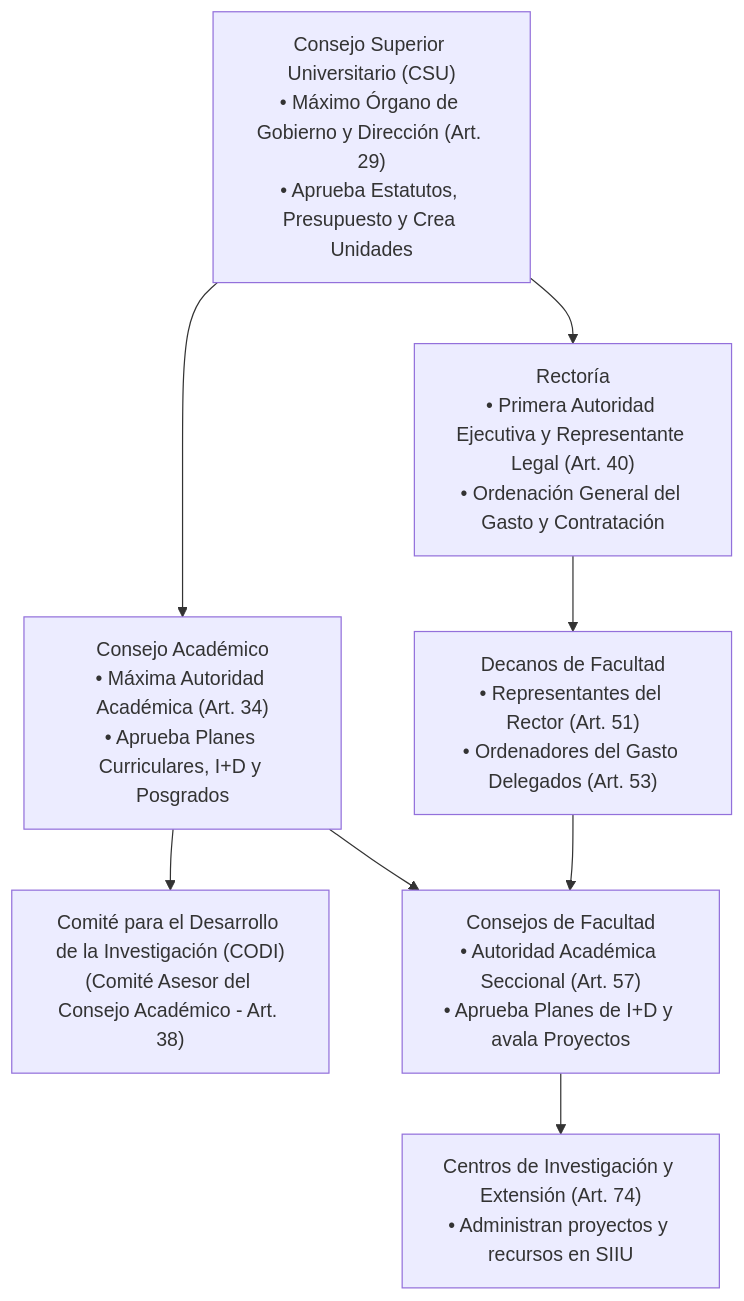
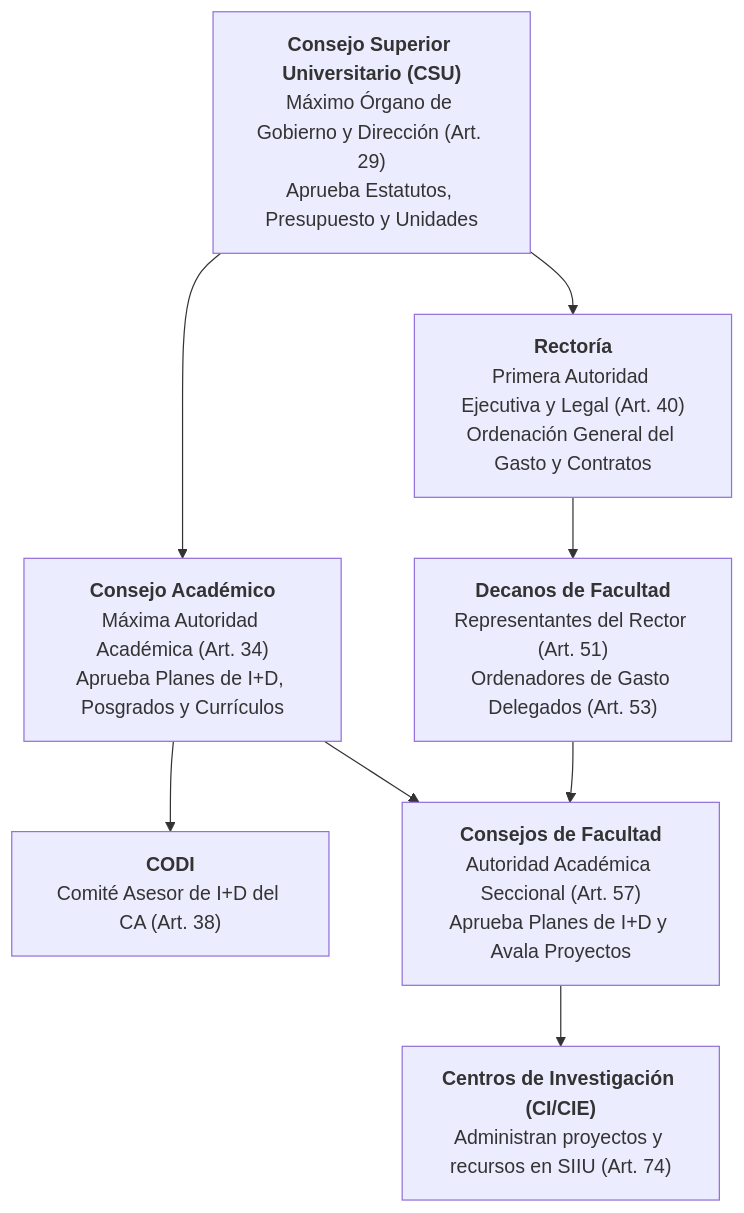
Before and after one commit to Colors-svg/Wiki: the first of 2 diagrams in docs/05_MARCO_NORMATIVO/AS_01_1994_Estatuto_General.md, drawn with Mermaid. The commit also changed 1 other file, not shown here.

Commit message:
fix(diagrams): resolver desbordamiento de texto en nodos Mermaid y optimizar padding

````diff
--- a/docs/05_MARCO_NORMATIVO/AS_01_1994_Estatuto_General.md
+++ b/docs/05_MARCO_NORMATIVO/AS_01_1994_Estatuto_General.md
@@ -28,24 +28,24 @@
 ```mermaid
 flowchart TD
-    CSU["Consejo Superior Universitario (CSU)<br/>• Máximo Órgano de Gobierno y Dirección (Art. 29)<br/>• Aprueba Estatutos, Presupuesto y Crea Unidades"]
+    CSU["<b>Consejo Superior Universitario (CSU)</b><br/>Máximo Órgano de Gobierno y Dirección (Art. 29)<br/>Aprueba Estatutos, Presupuesto y Unidades"]
     
-    Rector["Rectoría<br/>• Primera Autoridad Ejecutiva y Representante Legal (Art. 40)<br/>• Ordenación General del Gasto y Contratación"]
+    Rector["<b>Rectoría</b><br/>Primera Autoridad Ejecutiva y Legal (Art. 40)<br/>Ordenación General del Gasto y Contratos"]
     
-    Acad["Consejo Académico<br/>• Máxima Autoridad Académica (Art. 34)<br/>• Aprueba Planes Curriculares, I+D y Posgrados"]
+    Acad["<b>Consejo Académico</b><br/>Máxima Autoridad Académica (Art. 34)<br/>Aprueba Planes de I+D, Posgrados y Currículos"]
     
-    CODI["Comité para el Desarrollo de la Investigación (CODI)<br/>(Comité Asesor del Consejo Académico - Art. 38)"]
+    CODI["<b>CODI</b><br/>Comité Asesor de I+D del CA (Art. 38)"]
     
-    Decanos["Decanos de Facultad<br/>• Representantes del Rector (Art. 51)<br/>• Ordenadores del Gasto Delegados (Art. 53)"]
+    Decanos["<b>Decanos de Facultad</b><br/>Representantes del Rector (Art. 51)<br/>Ordenadores de Gasto Delegados (Art. 53)"]
     
-    CF["Consejos de Facultad<br/>• Autoridad Académica Seccional (Art. 57)<br/>• Aprueba Planes de I+D y avala Proyectos"]
+    CF["<b>Consejos de Facultad</b><br/>Autoridad Académica Seccional (Art. 57)<br/>Aprueba Planes de I+D y Avala Proyectos"]
     
-    Centros["Centros de Investigación y Extensión (Art. 74)<br/>• Administran proyectos y recursos en SIIU"]
+    Centros["<b>Centros de Investigación (CI/CIE)</b><br/>Administran proyectos y recursos en SIIU (Art. 74)"]
 
     CSU --> Rector
     CSU --> Acad
     Rector --> Decanos
     Acad --> CODI
     Acad --> CF
     Decanos --> CF
     CF --> Centros
 ```
````
